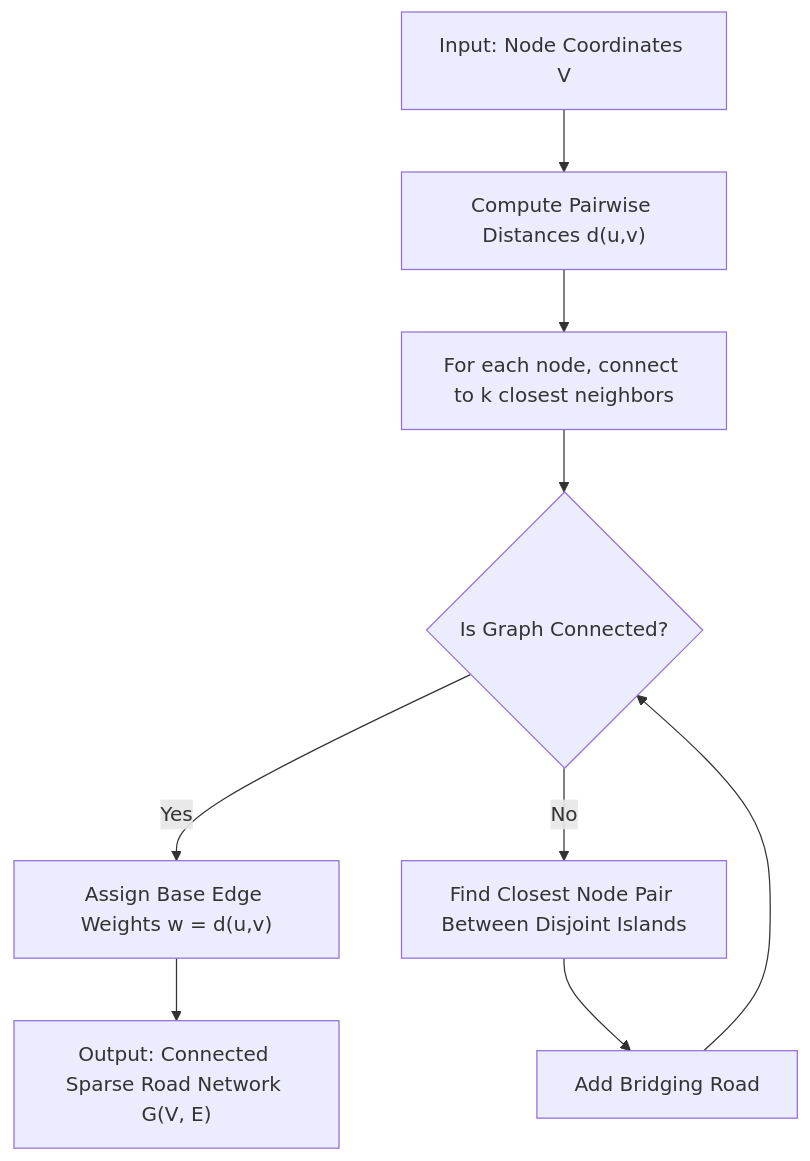
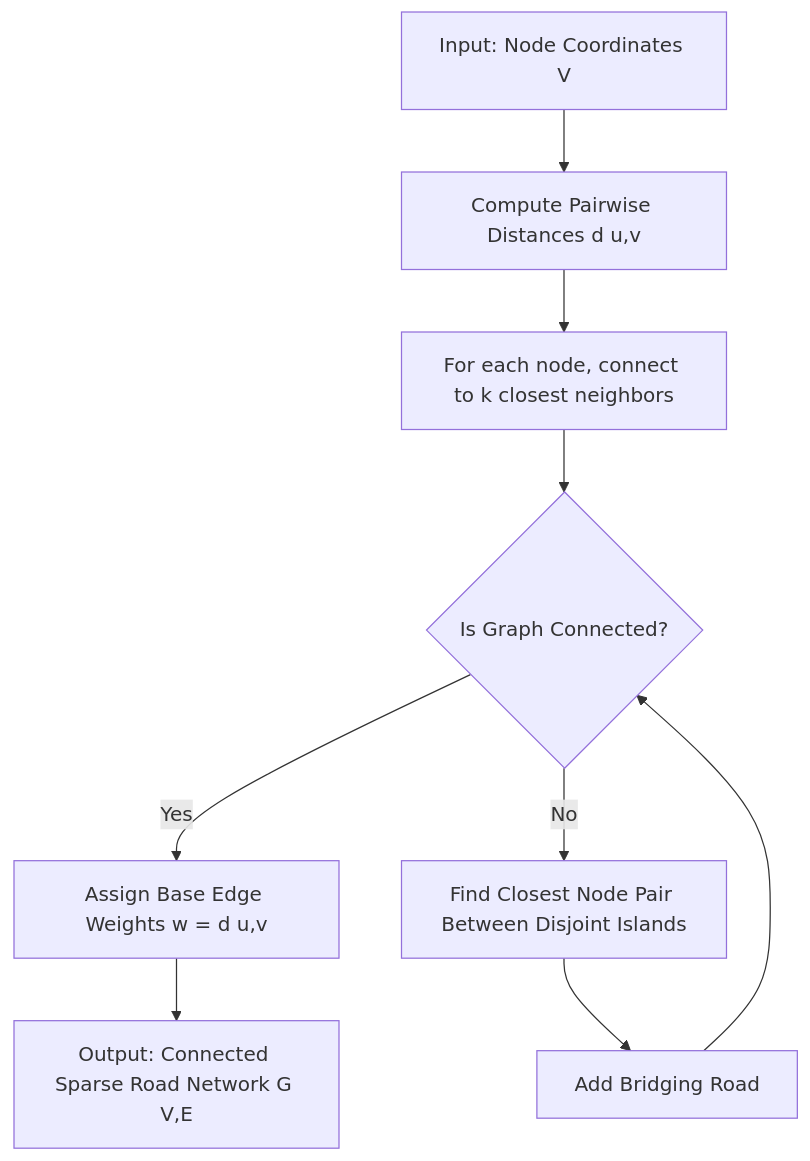
One commit to Santhosh-p653/egreen-quanta changed the diagram in docs/algorithms/01_knn_graph.md. Above: the diagram before and after it, drawn with Mermaid. The commit also changed other lines of this file, not shown here.

````diff
--- a/docs/algorithms/01_knn_graph.md
+++ b/docs/algorithms/01_knn_graph.md
@@ -55,11 +68,11 @@
 ```mermaid
 flowchart TD
-    A["Input: Node Coordinates V"] --> B["Compute Pairwise Distances d(u,v)"]
-    B --> C["For each node, connect to k closest neighbors"]
-    C --> D{"Is Graph Connected?"}
-    D -- Yes --> F["Assign Base Edge Weights w = d(u,v)"]
-    D -- No --> E["Find Closest Node Pair Between Disjoint Islands"]
-    E --> G["Add Bridging Road"]
+    A[Input: Node Coordinates V] --> B[Compute Pairwise Distances d u,v]
+    B --> C[For each node, connect to k closest neighbors]
+    C --> D{Is Graph Connected?}
+    D -- Yes --> F[Assign Base Edge Weights w = d u,v]
+    D -- No --> E[Find Closest Node Pair Between Disjoint Islands]
+    E --> G[Add Bridging Road]
     G --> D
-    F --> H["Output: Connected Sparse Road Network G(V, E)"]
+    F --> H[Output: Connected Sparse Road Network G V,E]
 ```
````
